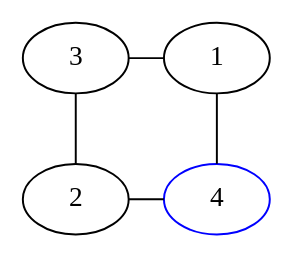
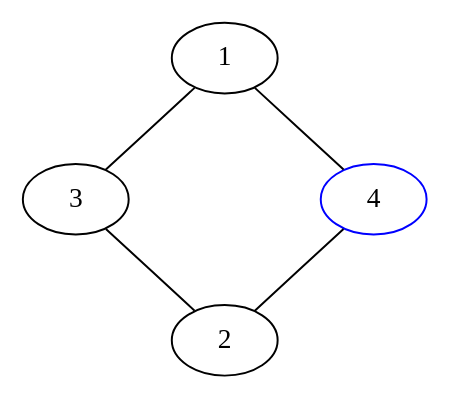
One commit to bilboquet/gamelib changed the diagram in sprouts/start_2_nodes/112.dot. Above: the diagram before and after it, drawn with Graphviz. The commit also changed 13 other files, not shown here.

```diff
--- a/sprouts/start_2_nodes/112.dot
+++ b/sprouts/start_2_nodes/112.dot
@@ -1,24 +1,26 @@
 graph {
-  3 -- 1;
+   1--3;
   3 -- 2;
   1 -- 4;
   2 -- 4;
-
+  3-- fake [style="invis"];
+  fake -- 1 [style="invis"];
   {
     rank="same";
-    1;
     3;
-
+    4;
+    fake;
   }
-
-
-  {
-    rank="same";
-    2;
-    4;
-
-  }
-
+  // {
+  //   rank="same";
+  //   1;
+  //   3;
+  // }
+  // {
+  //   rank="same";
+  //   2;
+  //   4;
+  // }
   4 [color="blue"];
-
+  fake [style="invis"];
 }
```
